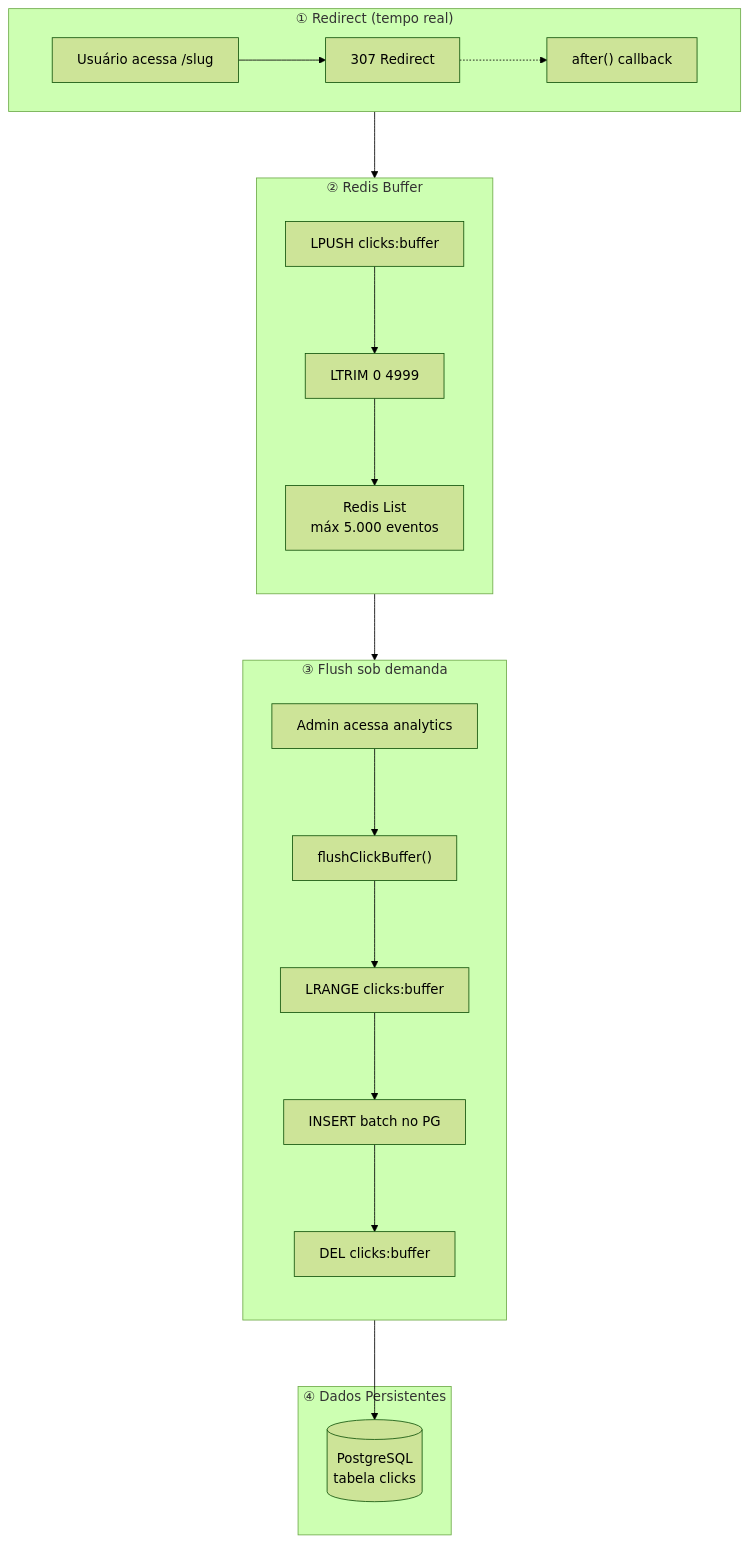
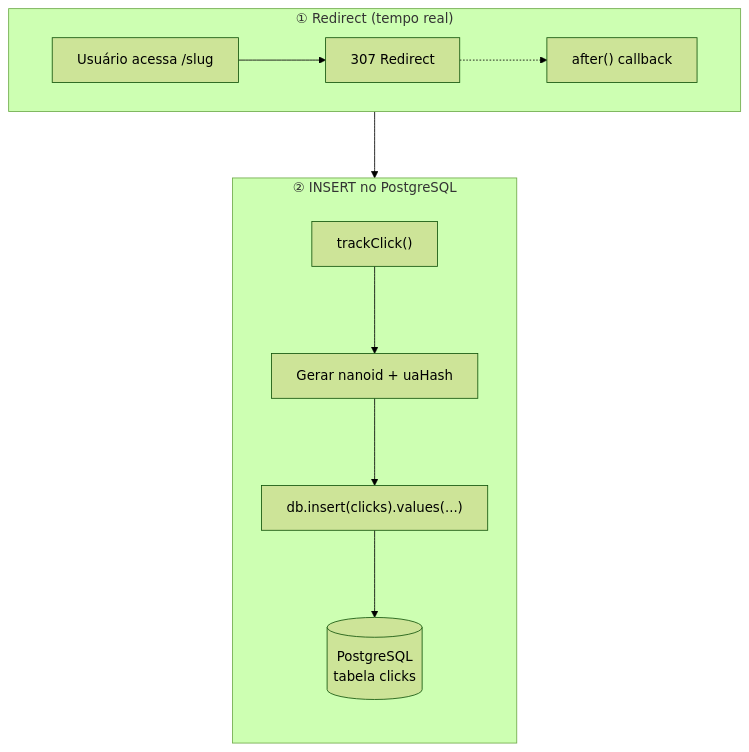
Before and after one commit to eduardoaugustolb/encurtador-url: the first of 2 diagrams in docs/processos-background.md, drawn with Mermaid (forest theme). The commit also changed other lines of this file and 14 other files, not shown here.

Commit message:
feat: click tracking direto no PostgreSQL com wipe cache no dashboard (#7)

````diff
--- a/docs/processos-background.md
+++ b/docs/processos-background.md
@@ -7,31 +7,17 @@
 ```mermaid
 %%{init: {'flowchart': {'nodeSpacing': 50, 'rankSpacing': 80}}}%%
 flowchart TB
     subgraph Redirect["① Redirect (tempo real)"]
         direction LR
         A["Usuário acessa /slug"] --> B["307 Redirect"]
         B -.-> C["after() callback"]
     end
 
-    subgraph Buffer["② Redis Buffer"]
+    subgraph Insert["② INSERT no PostgreSQL"]
         direction TB
-        C --> D["LPUSH clicks:buffer"]
-        D --> E["LTRIM 0 4999"]
-        E --> F["Redis List<br/>máx 5.000 eventos"]
+        C --> D["trackClick()"]
+        D --> E["Gerar nanoid + uaHash"]
+        E --> F["db.insert(clicks).values(...)"]
+        F --> G[("PostgreSQL<br/>tabela clicks")]
     end
-
-    subgraph Flush["③ Flush sob demanda"]
-        direction TB
-        G["Admin acessa analytics"] --> H["flushClickBuffer()"]
-        H --> I["LRANGE clicks:buffer"]
-        I --> J["INSERT batch no PG"]
-        J --> K["DEL clicks:buffer"]
-    end
-
-    subgraph Storage["④ Dados Persistentes"]
-        L[("PostgreSQL<br/>tabela clicks")]
-    end
-
-    F --> H
-    K --> L
 ```
````
